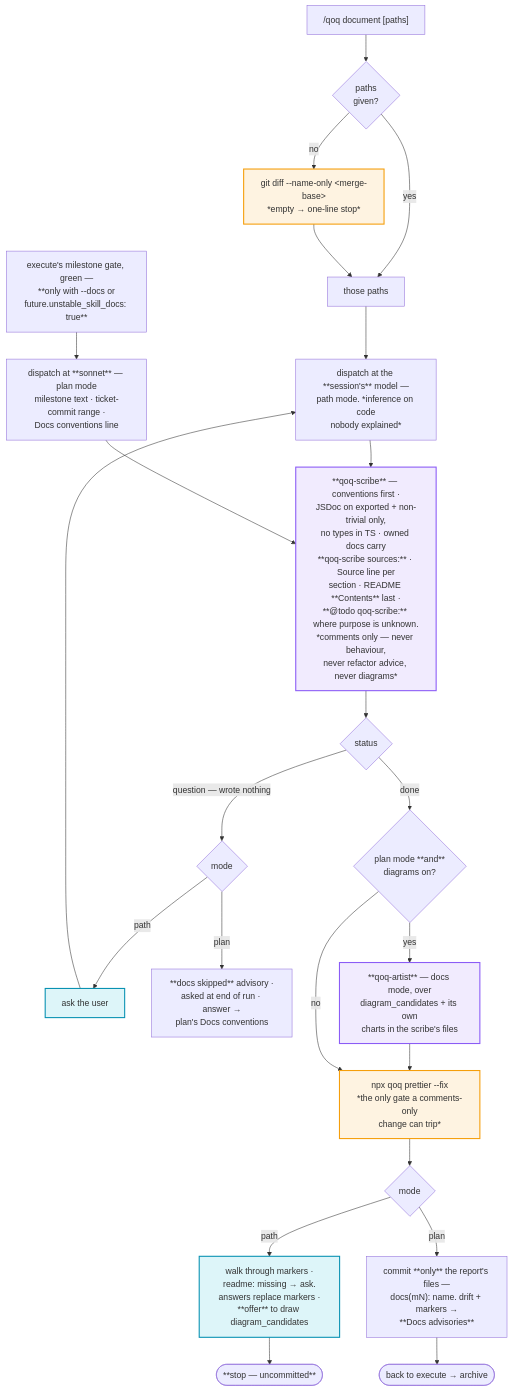
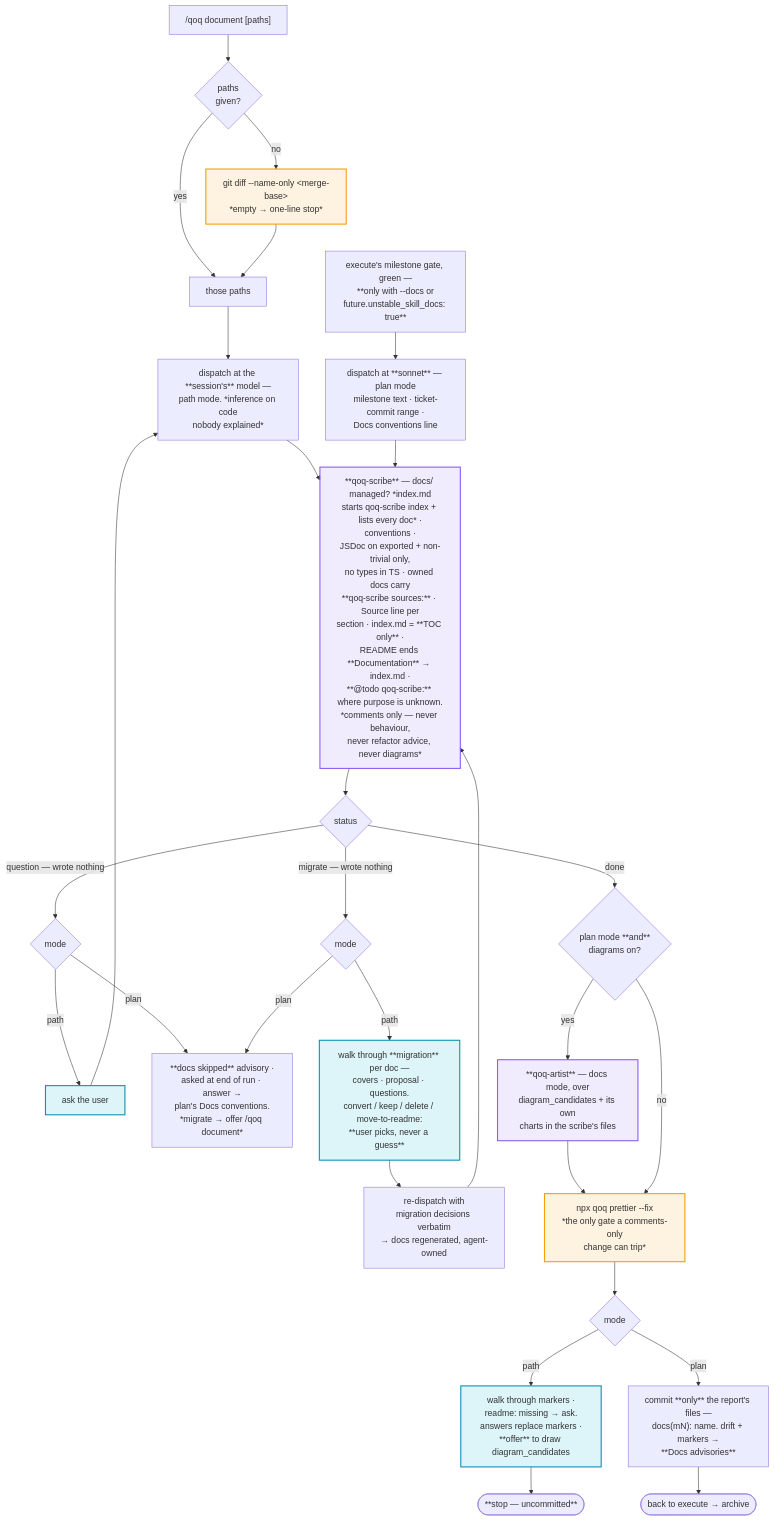
One commit to ladamczyk-it/qoq changed diagram 11 of 14 in docs/qoq-workflows.md. Above: the diagram before and after it, drawn with Mermaid. The commit also changed 7 other files, not shown here.

First line of the commit message:
fix(document): migrate unmanaged docs, index as table of contents

````diff
--- a/docs/qoq-workflows.md
+++ b/docs/qoq-workflows.md
@@ -705,35 +705,39 @@
 ```mermaid
 flowchart TD
     DQ["/qoq document [paths]"] --> DSCOPE{"paths<br/>given?"}
     DSCOPE -->|yes| DLIST["those paths"]
     DSCOPE -->|no| DDEF["git diff --name-only &lt;merge-base&gt;<br/>*empty → one-line stop*"]
     DDEF --> DLIST
     DLIST --> DDISP
 
     DEXEC["execute's milestone gate, green —<br/>**only with --docs or<br/>future.unstable_skill_docs: true**"] --> DDISPP["dispatch at **sonnet** — plan mode<br/>milestone text · ticket-commit range ·<br/>Docs conventions line"]
 
     DDISP["dispatch at the **session's** model —<br/>path mode. *inference on code<br/>nobody explained*"] --> DSCRIBE
     DDISPP --> DSCRIBE
 
-    DSCRIBE["**qoq-scribe** — conventions first ·<br/>JSDoc on exported + non-trivial only,<br/>no types in TS · owned docs carry<br/>**qoq-scribe sources:** · Source line per<br/>section · README **Contents** last ·<br/>**@todo qoq-scribe:** where purpose is unknown.<br/>*comments only — never behaviour,<br/>never refactor advice, never diagrams*"]
+    DSCRIBE["**qoq-scribe** — docs/ managed? *index.md<br/>starts qoq-scribe index + lists every doc* ·<br/>conventions ·<br/>JSDoc on exported + non-trivial only,<br/>no types in TS · owned docs carry<br/>**qoq-scribe sources:** · Source line per<br/>section · index.md = **TOC only** ·<br/>README ends **Documentation** → index.md ·<br/>**@todo qoq-scribe:** where purpose is unknown.<br/>*comments only — never behaviour,<br/>never refactor advice, never diagrams*"]
     DSCRIBE --> DQS{"status"}
 
     DQS -->|"question — wrote nothing"| DMODE{"mode"}
     DMODE -->|path| DASK["ask the user"] --> DDISP
-    DMODE -->|plan| DSKIP["**docs skipped** advisory ·<br/>asked at end of run · answer →<br/>plan's Docs conventions"]
+    DMODE -->|plan| DSKIP["**docs skipped** advisory ·<br/>asked at end of run · answer →<br/>plan's Docs conventions.<br/>*migrate → offer /qoq document*"]
+
+    DQS -->|"migrate — wrote nothing"| DMMODE{"mode"}
+    DMMODE -->|path| DMIG["walk through **migration** per doc —<br/>covers · proposal · questions.<br/>convert / keep / delete / move-to-readme:<br/>**user picks, never a guess**"] --> DDISPM["re-dispatch with<br/>migration decisions verbatim<br/>→ docs regenerated, agent-owned"] --> DSCRIBE
+    DMMODE -->|plan| DSKIP
 
     DQS -->|done| DARTQ{"plan mode **and**<br/>diagrams on?"}
     DARTQ -->|yes| DART["**qoq-artist** — docs mode, over<br/>diagram_candidates + its own<br/>charts in the scribe's files"] --> DFMT
     DARTQ -->|no| DFMT["npx qoq prettier --fix<br/>*the only gate a comments-only<br/>change can trip*"]
     DFMT --> DMODE2{"mode"}
     DMODE2 -->|path| DWALK["walk through markers ·<br/>readme: missing → ask.<br/>answers replace markers ·<br/>**offer** to draw diagram_candidates"] --> DSTOP(["**stop — uncommitted**"])
     DMODE2 -->|plan| DCOMMIT["commit **only** the report's files —<br/>docs(mN): name. drift + markers →<br/>**Docs advisories**"] --> DARCH(["back to execute → archive"])
 
     classDef agent fill:#8b5cf61f,stroke:#8b5cf6,stroke-width:2px
     classDef user fill:#06b6d422,stroke:#0891b2,stroke-width:2px
     classDef note fill:#f59e0b1f,stroke:#f59e0b,stroke-width:2px
 
     class DSCRIBE,DART agent
-    class DASK,DWALK user
+    class DASK,DWALK,DMIG user
     class DFMT,DDEF note
 ```
````
